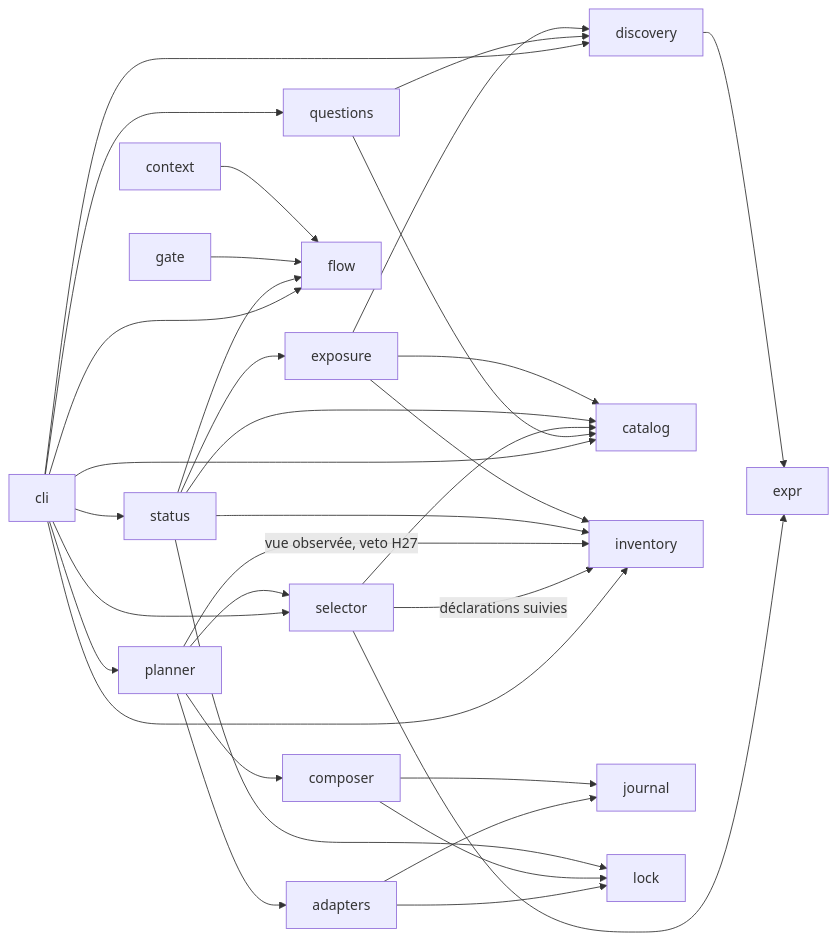
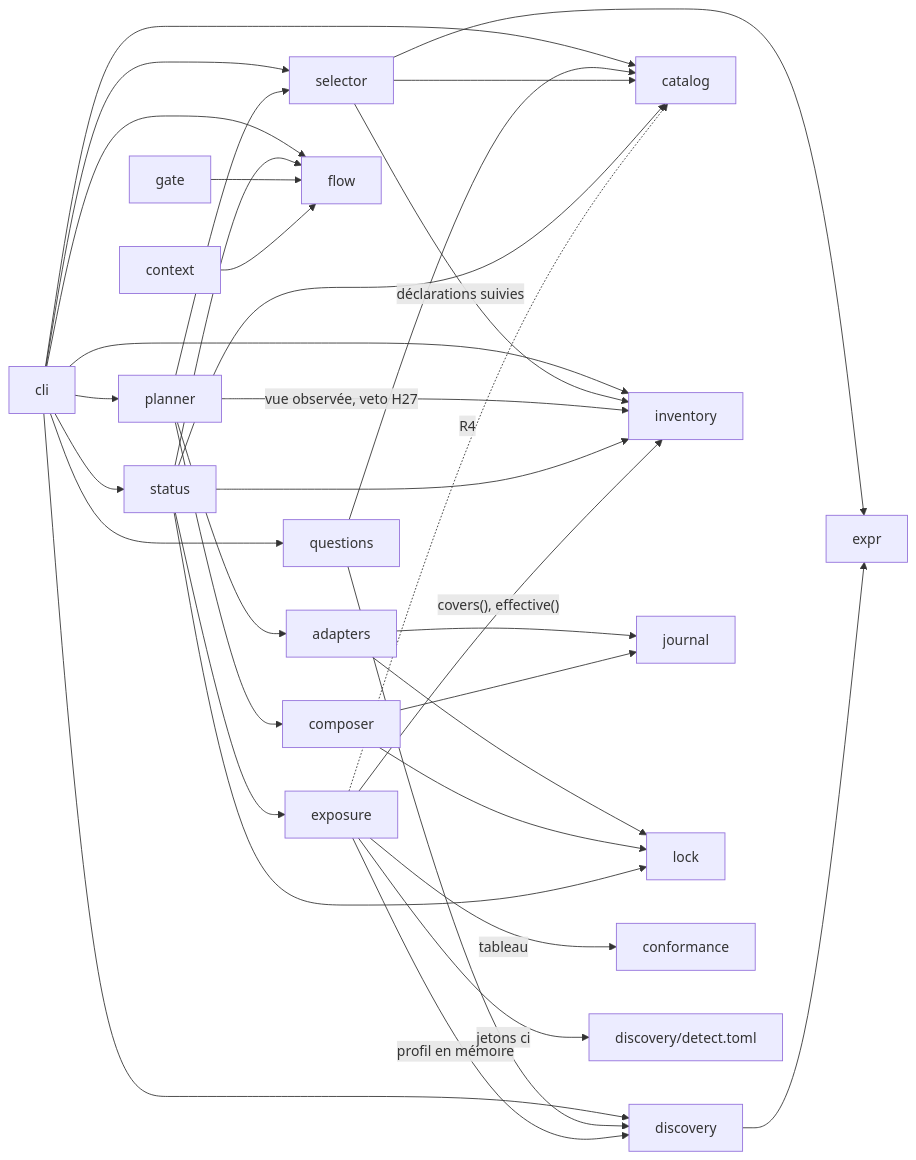
One commit to oraclexis/peo changed the diagram in docs/design/spec/10-spec-overview.md. Above: the diagram before and after it, drawn with Mermaid. The commit also changed other lines of this file and 27 other files, not shown here.

````diff
--- a/docs/design/spec/10-spec-overview.md
+++ b/docs/design/spec/10-spec-overview.md
@@ -94,16 +99,20 @@
 ```mermaid
 flowchart LR
     cli --> discovery & catalog & inventory & questions & selector & planner & status & flow
     questions --> discovery & catalog
     selector --> catalog & expr
     selector -- déclarations suivies --> inventory
     planner --> selector & adapters & composer
     planner -- vue observée, veto H27 --> inventory
     adapters --> journal & lock
     composer --> journal & lock
     status --> inventory & lock & catalog & flow & exposure
-    exposure --> discovery & inventory & catalog
+    exposure -- profil en mémoire --> discovery
+    exposure -- covers(), effective() --> inventory
+    exposure -- tableau --> conformance
+    exposure -- jetons ci --> detect[discovery/detect.toml]
+    exposure -. R4 .-> catalog
     gate --> flow
     context --> flow
     discovery --> expr
 ```
````
